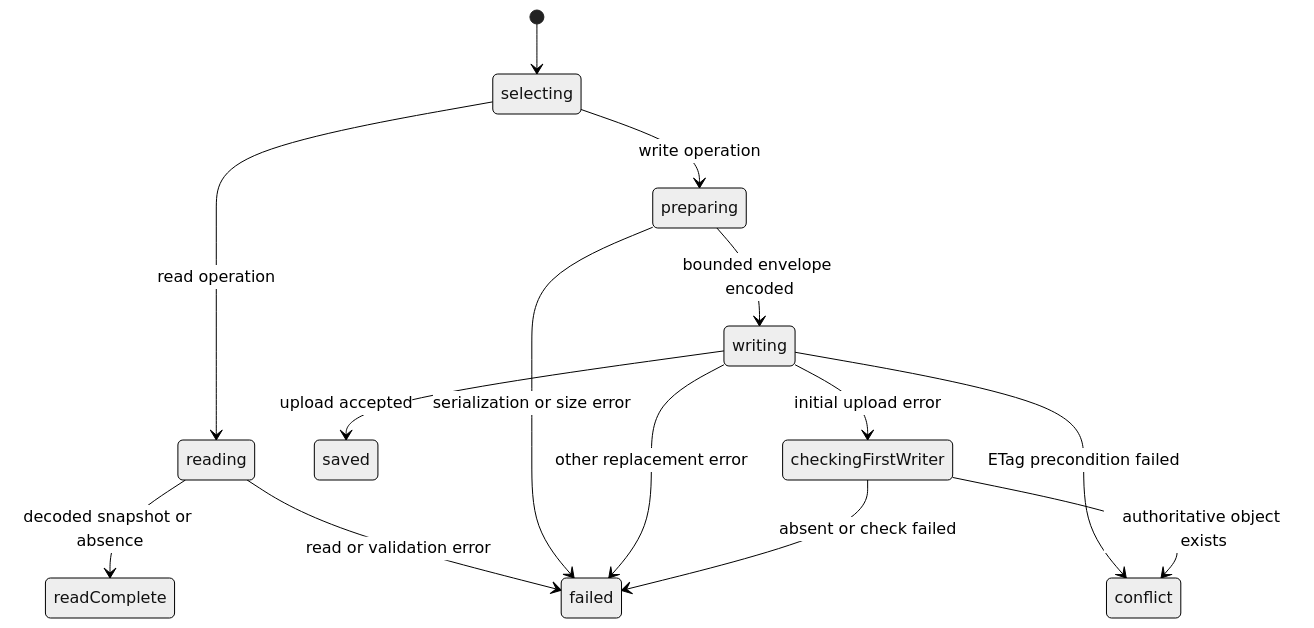
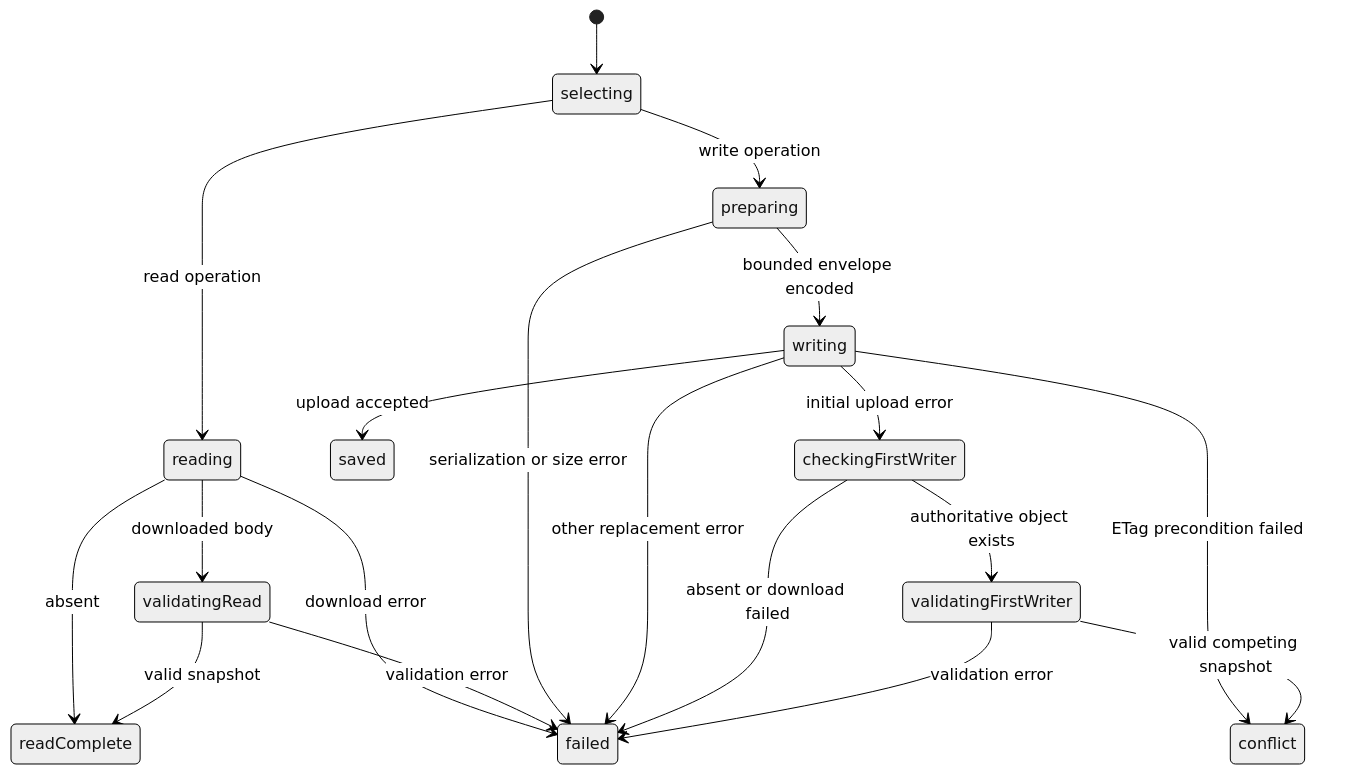
The fourth of 4 diagrams in specs/001-homepage-native-blog/contracts/reader-lifecycle.md (delightful-labs/delightful-labs), drawn with Mermaid (neutral theme) before and after one commit. The commit also changed other lines of this file and 4 other files, not shown here.

````diff
--- a/specs/001-homepage-native-blog/contracts/reader-lifecycle.md
+++ b/specs/001-homepage-native-blog/contracts/reader-lifecycle.md
@@ -174,16 +174,21 @@
 ```mermaid
 stateDiagram-v2
     [*] --> selecting
     selecting --> reading: read operation
-    reading --> readComplete: decoded snapshot or absence
-    reading --> failed: read or validation error
+    reading --> readComplete: absent
+    reading --> validatingRead: downloaded body
+    reading --> failed: download error
+    validatingRead --> readComplete: valid snapshot
+    validatingRead --> failed: validation error
     selecting --> preparing: write operation
     preparing --> writing: bounded envelope encoded
     preparing --> failed: serialization or size error
     writing --> saved: upload accepted
     writing --> conflict: ETag precondition failed
     writing --> checkingFirstWriter: initial upload error
     writing --> failed: other replacement error
-    checkingFirstWriter --> conflict: authoritative object exists
-    checkingFirstWriter --> failed: absent or check failed
+    checkingFirstWriter --> validatingFirstWriter: authoritative object exists
+    checkingFirstWriter --> failed: absent or download failed
+    validatingFirstWriter --> conflict: valid competing snapshot
+    validatingFirstWriter --> failed: validation error
 ```
````
